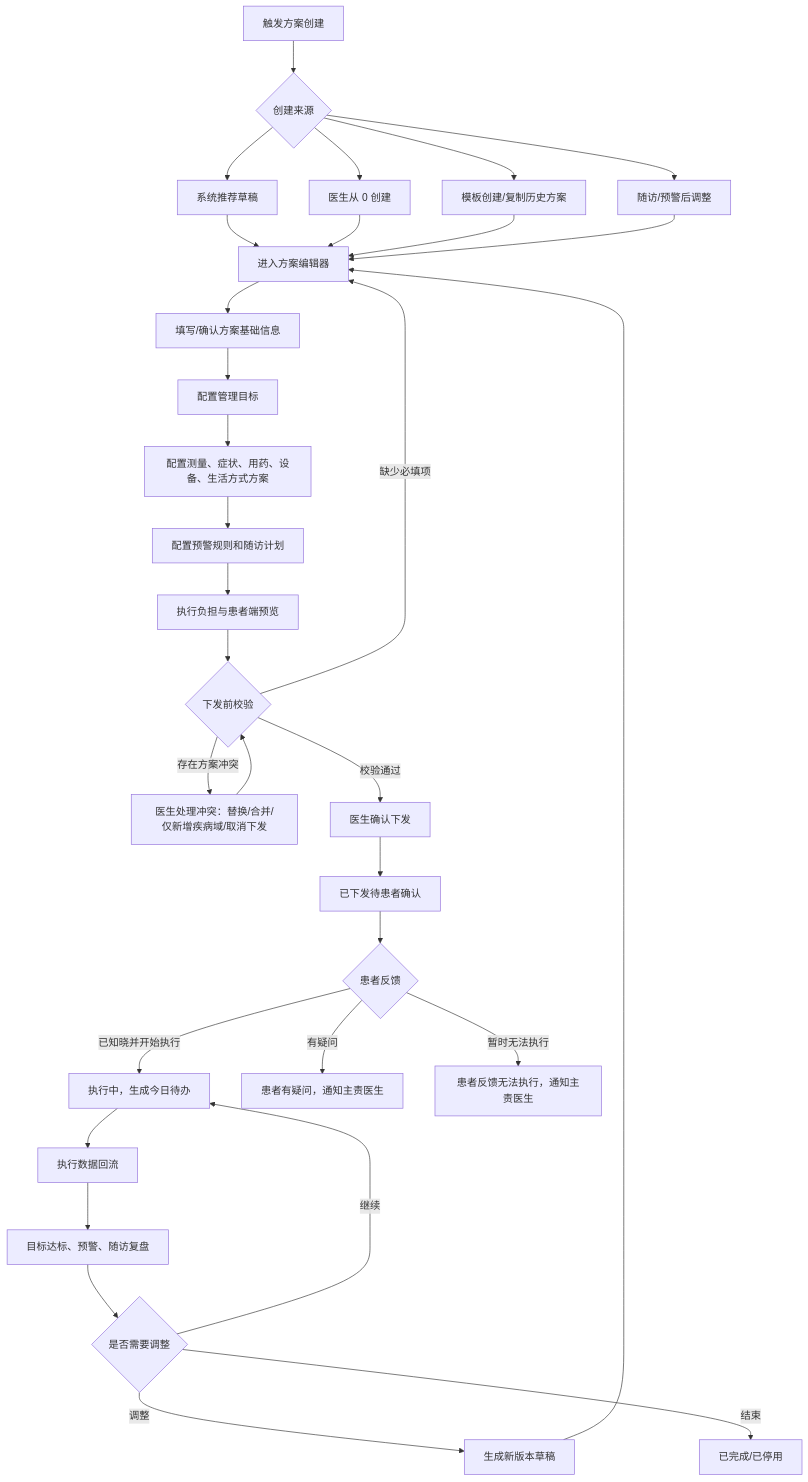
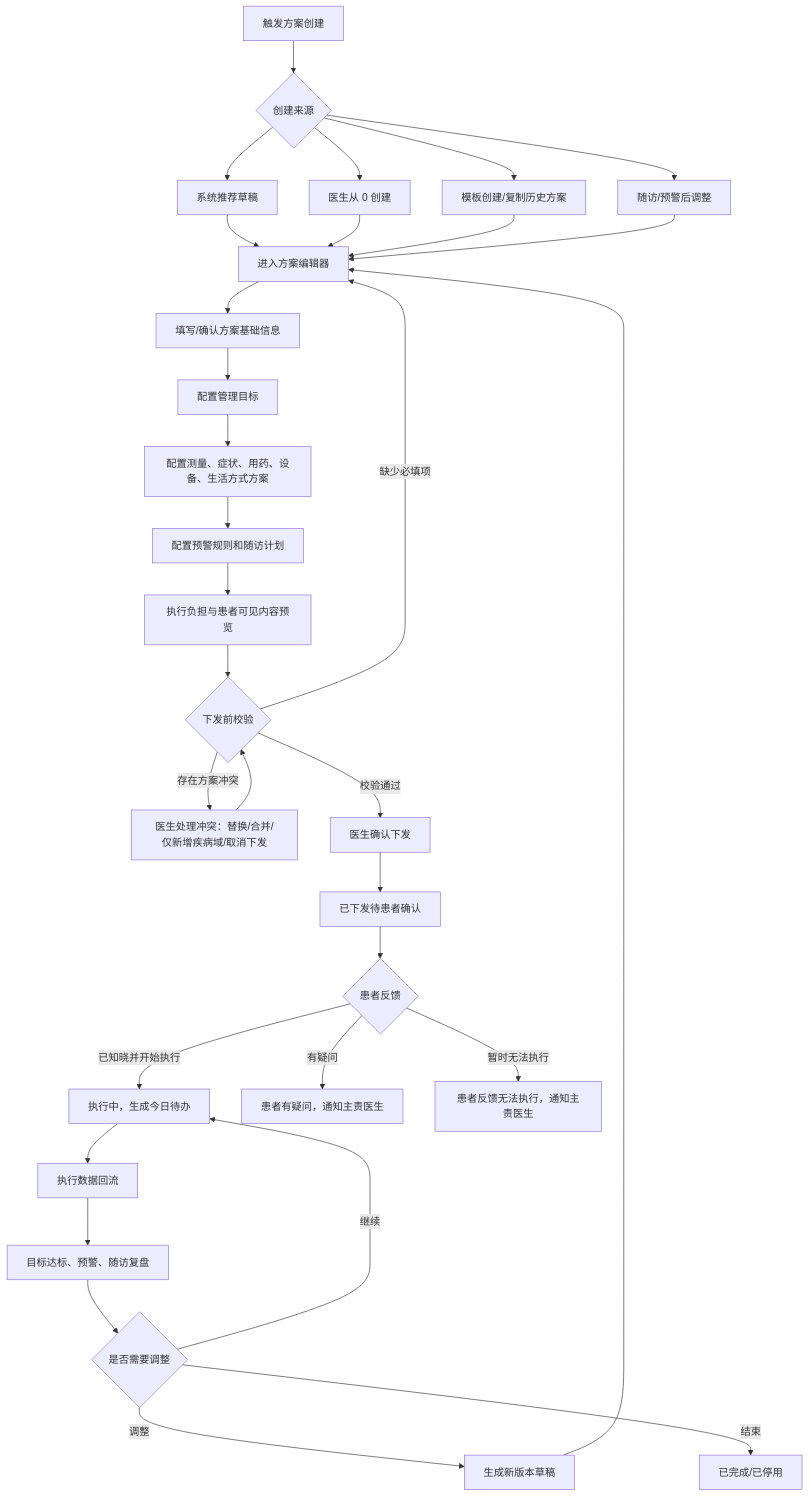
One commit to supersuperman666/twin changed the fourth of 7 diagrams in docs/医生PC端PRD.md. Above: the diagram before and after it, drawn with Mermaid. The commit also changed other lines of this file, not shown here.

````diff
--- a/docs/医生PC端PRD.md
+++ b/docs/医生PC端PRD.md
@@ -1295,39 +1295,39 @@
 ```mermaid
 flowchart TD
   A["触发方案创建"] --> B{"创建来源"}
   B --> B1["系统推荐草稿"]
   B --> B2["医生从 0 创建"]
   B --> B3["模板创建/复制历史方案"]
   B --> B4["随访/预警后调整"]
 
   B1 --> C["进入方案编辑器"]
   B2 --> C
   B3 --> C
   B4 --> C
 
   C --> D["填写/确认方案基础信息"]
   D --> E["配置管理目标"]
   E --> F["配置测量、症状、用药、设备、生活方式方案"]
   F --> G["配置预警规则和随访计划"]
-  G --> H["执行负担与患者端预览"]
+  G --> H["执行负担与患者可见内容预览"]
   H --> I{"下发前校验"}
 
   I -->|缺少必填项| C
   I -->|存在方案冲突| J["医生处理冲突：替换/合并/仅新增疾病域/取消下发"]
   J --> I
   I -->|校验通过| K["医生确认下发"]
 
   K --> L["已下发待患者确认"]
   L --> M{"患者反馈"}
   M -->|已知晓并开始执行| N["执行中，生成今日待办"]
   M -->|有疑问| O["患者有疑问，通知主责医生"]
   M -->|暂时无法执行| P["患者反馈无法执行，通知主责医生"]
 
   N --> Q["执行数据回流"]
   Q --> R["目标达标、预警、随访复盘"]
   R --> S{"是否需要调整"}
   S -->|继续| N
   S -->|调整| T["生成新版本草稿"]
   S -->|结束| U["已完成/已停用"]
   T --> C
 ```
````
